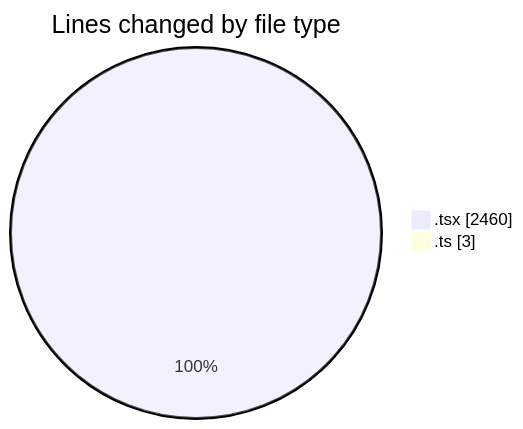
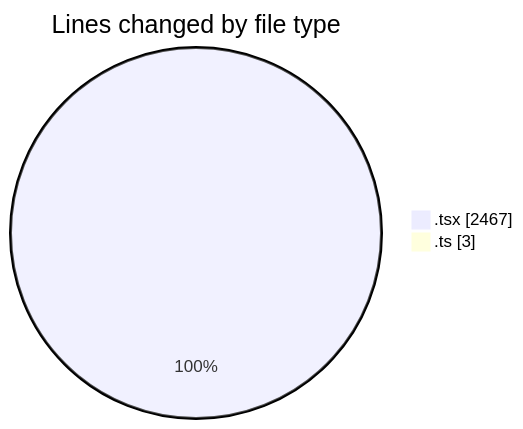
Before and after one commit to momahboobian/code-tracking: the first of 2 diagrams in 2025-02-12/cda/README.md, drawn with Mermaid. The commit also changed other lines of this file and 1 other file, not shown here.

````diff
--- a/2025-02-12/cda/README.md
+++ b/2025-02-12/cda/README.md
@@ -23,6 +23,6 @@
 ```mermaid
 pie showData
 title Lines changed by file type
-".tsx" : 2460
+".tsx" : 2467
 ".ts" : 3
 ```
````
